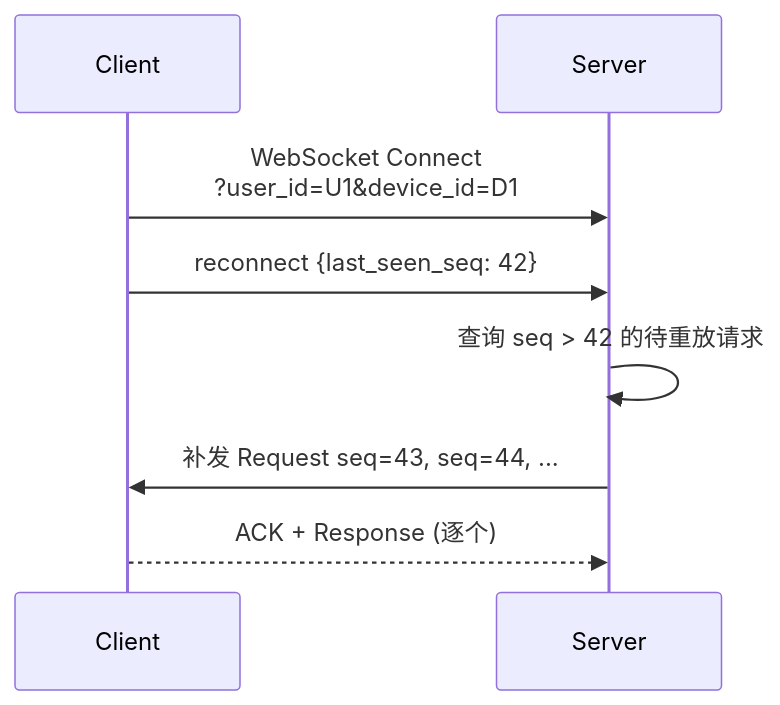
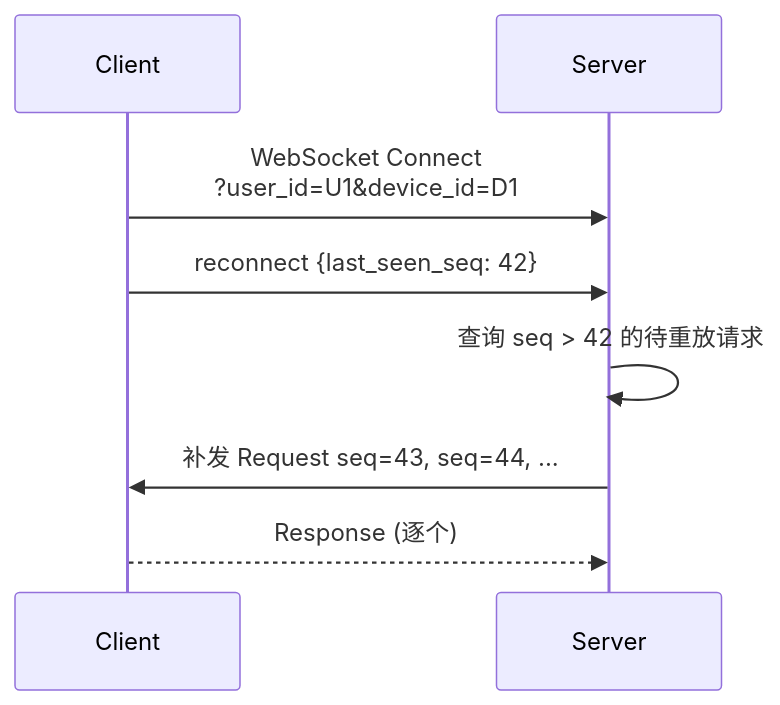
One commit to PineappleBond/xyncra-server changed the sixth of 20 diagrams in docs/DESIGN_CLIENT_FUNCTION_AGENT_TOOLS.md. Above: the diagram before and after it, drawn with Mermaid. The commit also changed other lines of this file, not shown here.

First line of the commit message:
docs: remove ACK mechanism, add (userID,deviceID) connection constraint

````diff
--- a/docs/DESIGN_CLIENT_FUNCTION_AGENT_TOOLS.md
+++ b/docs/DESIGN_CLIENT_FUNCTION_AGENT_TOOLS.md
@@ -205,11 +183,11 @@
 ```mermaid
 sequenceDiagram
     participant Client
     participant Server
 
     Client->>Server: WebSocket Connect<br/>?user_id=U1&device_id=D1
     Client->>Server: reconnect {last_seen_seq: 42}
     Server->>Server: 查询 seq > 42 的待重放请求
     Server->>Client: 补发 Request seq=43, seq=44, ...
-    Client-->>Server: ACK + Response (逐个)
+    Client-->>Server: Response (逐个)
 ```
````
